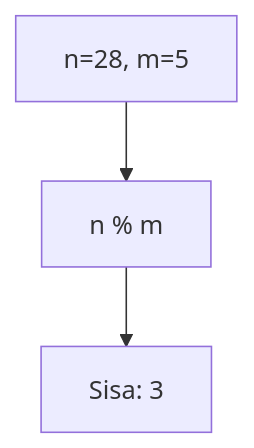
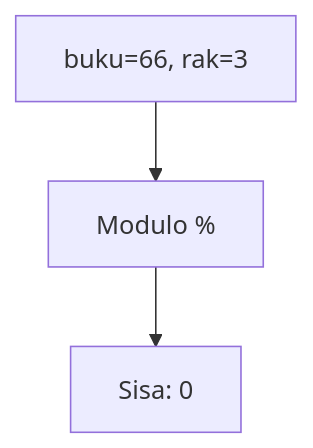
The sixth of 25 diagrams in part-c-pemahaman-cpp/01-tipe-data/latihan/set-09.md (amnahwaida/OSNK_INF_PREP), drawn with Mermaid before and after one commit. The commit also changed other lines of this file and 71 other files, not shown here.

````diff
--- a/part-c-pemahaman-cpp/01-tipe-data/latihan/set-09.md
+++ b/part-c-pemahaman-cpp/01-tipe-data/latihan/set-09.md
@@ -159,5 +165,5 @@
 ```mermaid
 graph TD
-A["n=28, m=5"] --> B["n % m"]
-B --> C["Sisa: 3"]
+A["buku=66, rak=3"] --> B["Modulo %"]
+B --> C["Sisa: 0"]
 ```
````
